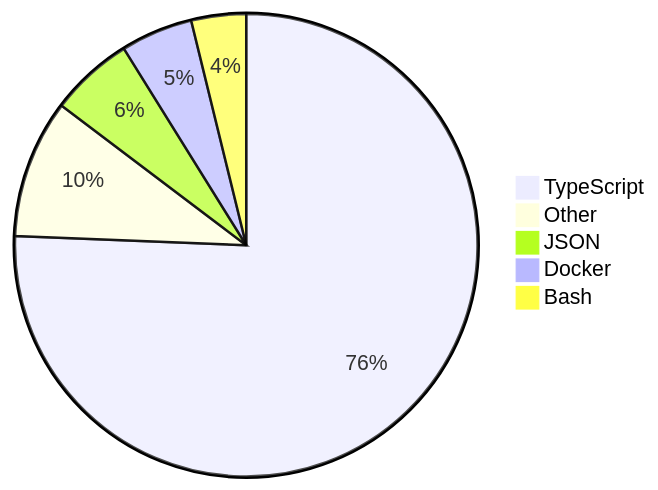
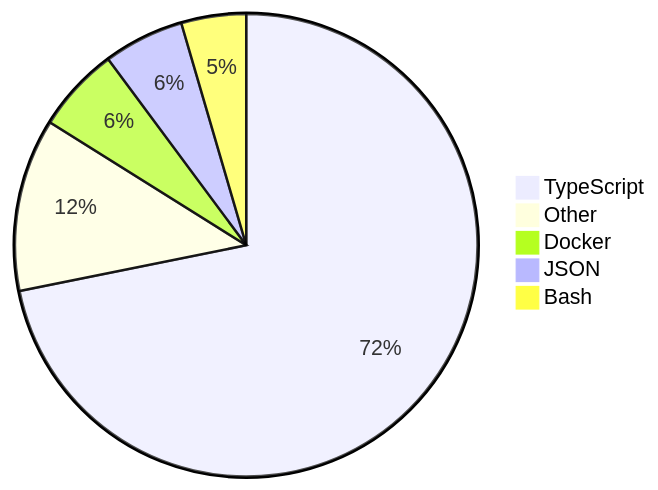
One commit to skvggor/skvggor changed the diagram in README.md. Above: the diagram before and after it, drawn with Mermaid.

Commit message:
Updated waka-readme graph with new metrics

````diff
--- a/README.md
+++ b/README.md
@@ -16,8 +16,8 @@
 ```mermaid
 pie
-    "TypeScript" : 75.1
-    "Other" : 9.6
-    "JSON" : 5.8
-    "Docker" : 5.0
-    "Bash" : 3.8
+    "TypeScript" : 71.4
+    "Other" : 12.0
+    "Docker" : 5.9
+    "JSON" : 5.6
+    "Bash" : 4.5
 ```
````
